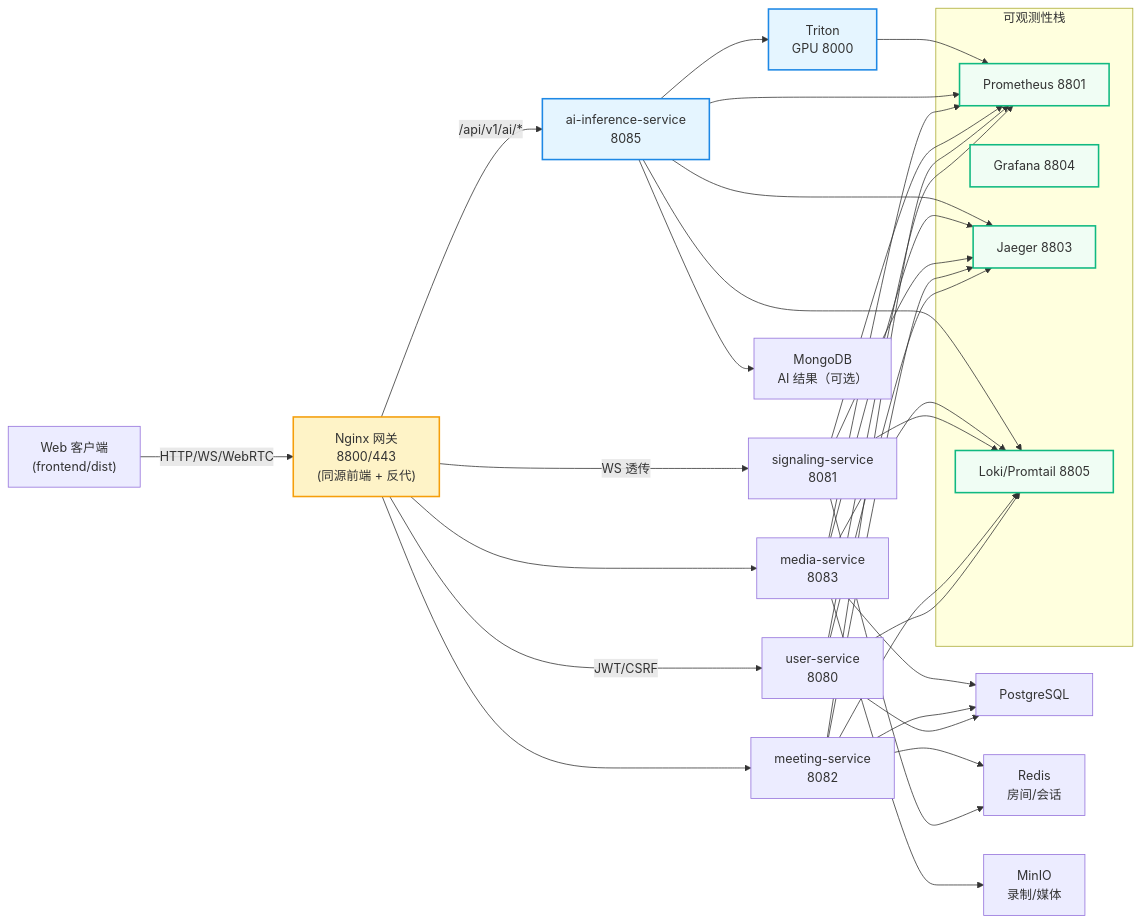
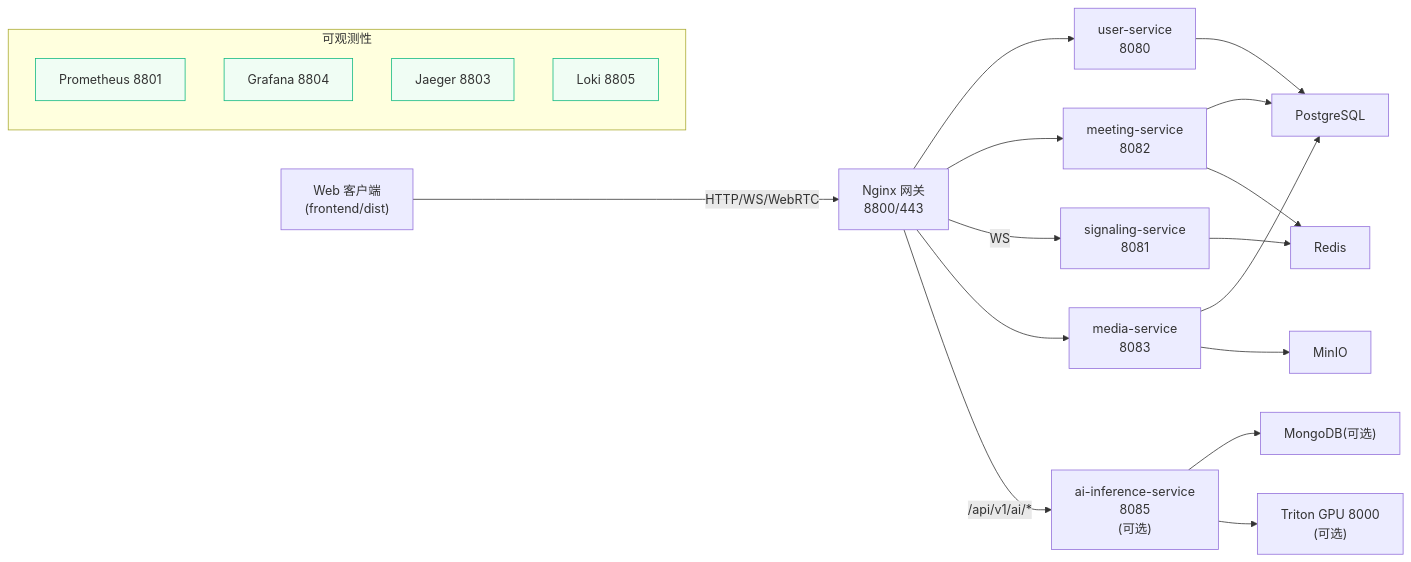
Before and after one commit to gugugu5331/VideoCall-System: the first of 3 diagrams in README.md, drawn with Mermaid. The commit also changed other lines of this file and 93 other files, not shown here.

````diff
--- a/README.md
+++ b/README.md
@@ -21,52 +61,21 @@
 ```mermaid
 graph LR
-    Client["Web 客户端\n(frontend/dist)"] -->|HTTP/WS/WebRTC| Nginx["Nginx 网关\n8800/443\n(同源前端 + 反代)"]
-
-    Nginx -->|JWT/CSRF| UserSvc["user-service\n8080"]
-    Nginx --> MeetingSvc["meeting-service\n8082"]
-    Nginx -->|WS 透传| SignalSvc["signaling-service\n8081"]
-    Nginx --> MediaSvc["media-service\n8083"]
-    Nginx -->|/api/v1/ai/*| AISvc["ai-inference-service\n8085"]
-
-    UserSvc --> PG["PostgreSQL"]
-    MeetingSvc --> PG
-    MediaSvc --> PG
-    SignalSvc --> Redis["Redis\n房间/会话"]
-    MeetingSvc --> Redis
-    AISvc --> Mongo["MongoDB\nAI 结果（可选）"]
-    MediaSvc --> MinIO["MinIO\n录制/媒体"]
-    AISvc --> Triton["Triton\nGPU 8000"]
-
-    subgraph Obs["可观测性栈"]
-        Prom["Prometheus 8801"]
-        Graf["Grafana 8804"]
-        Jaeger["Jaeger 8803"]
-        Loki["Loki/Promtail 8805"]
-    end
-
-    UserSvc --> Prom
-    MeetingSvc --> Prom
-    SignalSvc --> Prom
-    MediaSvc --> Prom
-    AISvc --> Prom
-    Triton --> Prom
-
-    UserSvc --> Jaeger
-    MeetingSvc --> Jaeger
-    SignalSvc --> Jaeger
-    MediaSvc --> Jaeger
-    AISvc --> Jaeger
-
-    UserSvc --> Loki
-    MeetingSvc --> Loki
-    SignalSvc --> Loki
-    MediaSvc --> Loki
-    AISvc --> Loki
-
-    classDef ai fill:#e5f5ff,stroke:#1e88e5,stroke-width:2px;
-    classDef gateway fill:#fef3c7,stroke:#f59e0b,stroke-width:2px;
-    classDef obs fill:#f0fdf4,stroke:#10b981,stroke-width:2px;
-    class AISvc,Triton ai;
-    class Nginx gateway;
-    class Prom,Graf,Jaeger,Loki obs;
+  Client["Web 客户端\n(frontend/dist)"] -->|HTTP/WS/WebRTC| Nginx["Nginx 网关\n8800/443"]
+  Nginx --> User["user-service\n8080"]
+  Nginx --> Meeting["meeting-service\n8082"]
+  Nginx -->|WS| Signal["signaling-service\n8081"]
+  Nginx --> Media["media-service\n8083"]
+  Nginx -->|/api/v1/ai/*| AI["ai-inference-service\n8085\n(可选)"]
+  User & Meeting & Media --> PG["PostgreSQL"]
+  Signal & Meeting --> Redis["Redis"]
+  Media --> Minio["MinIO"]
+  AI --> Mongo["MongoDB(可选)"]
+  AI --> Triton["Triton GPU 8000\n(可选)"]
+  subgraph Obs["可观测性"]
+    Prom["Prometheus 8801"]:::obs
+    Graf["Grafana 8804"]:::obs
+    Jaeger["Jaeger 8803"]:::obs
+    Loki["Loki 8805"]:::obs
+  end
+  classDef obs fill:#f0fdf4,stroke:#10b981;
 ```
````
